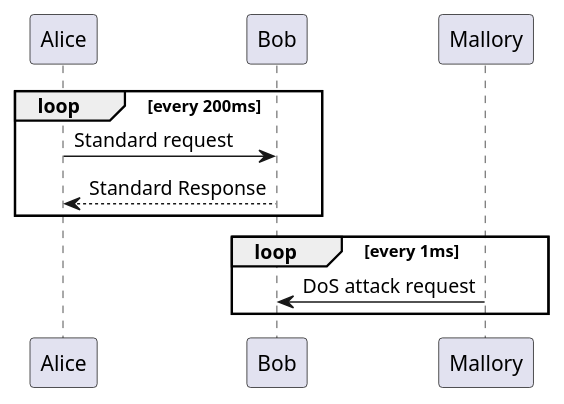
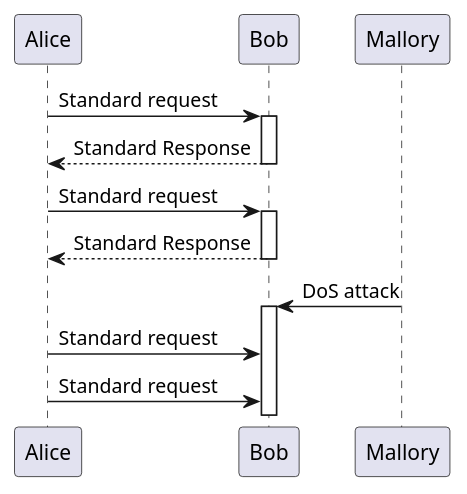
One commit to Klagarge/BachelorThesis-OTSecurity changed the diagram in 02-main/attacks/dos.puml. Above: the diagram before and after it, drawn with PlantUML. The commit also changed 7 other files, not shown here.

```diff
--- a/02-main/attacks/dos.puml
+++ b/02-main/attacks/dos.puml
@@ -1,9 +1,12 @@
 @startuml
-loop every 200ms
-    Alice -> Bob: Standard request
-    Bob --> Alice: Standard Response
-end
-loop every 1ms
-    Mallory -> Bob: DoS attack request
-end
+Alice ->  Bob ++: Standard request
+Bob --> Alice--: Standard Response
+Alice -> Bob++: Standard request
+Bob --> Alice--: Standard Response
+
+Mallory -> Bob++: DoS attack
+
+Alice -> Bob: Standard request
+Alice -> Bob: Standard request
+
 @enduml
```
